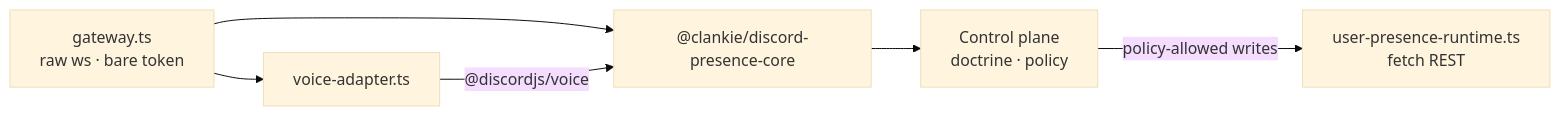
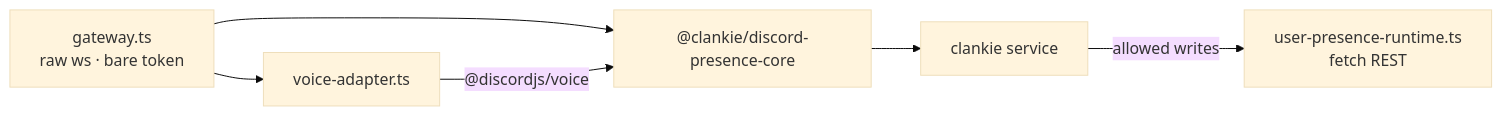
One commit to Volpestyle/clankie changed the diagram in apps/discord-user-session/README.md. Above: the diagram before and after it, drawn with Mermaid (base theme). The commit also changed other lines of this file and 72 other files, not shown here.

````diff
--- a/apps/discord-user-session/README.md
+++ b/apps/discord-user-session/README.md
@@ -21,8 +20,8 @@
 ```mermaid
 flowchart LR
   G[gateway.ts<br/>raw ws · bare token] --> C["@clankie/discord-presence-core"]
   G --> A[voice-adapter.ts]
   A -->|"@discordjs/voice"| C
-  C --> CP[Control plane<br/>doctrine · policy]
-  CP -->|policy-allowed writes| R[user-presence-runtime.ts<br/>fetch REST]
+  C --> CP[clankie service]
+  CP -->|allowed writes| R[user-presence-runtime.ts<br/>fetch REST]
 ```
````
